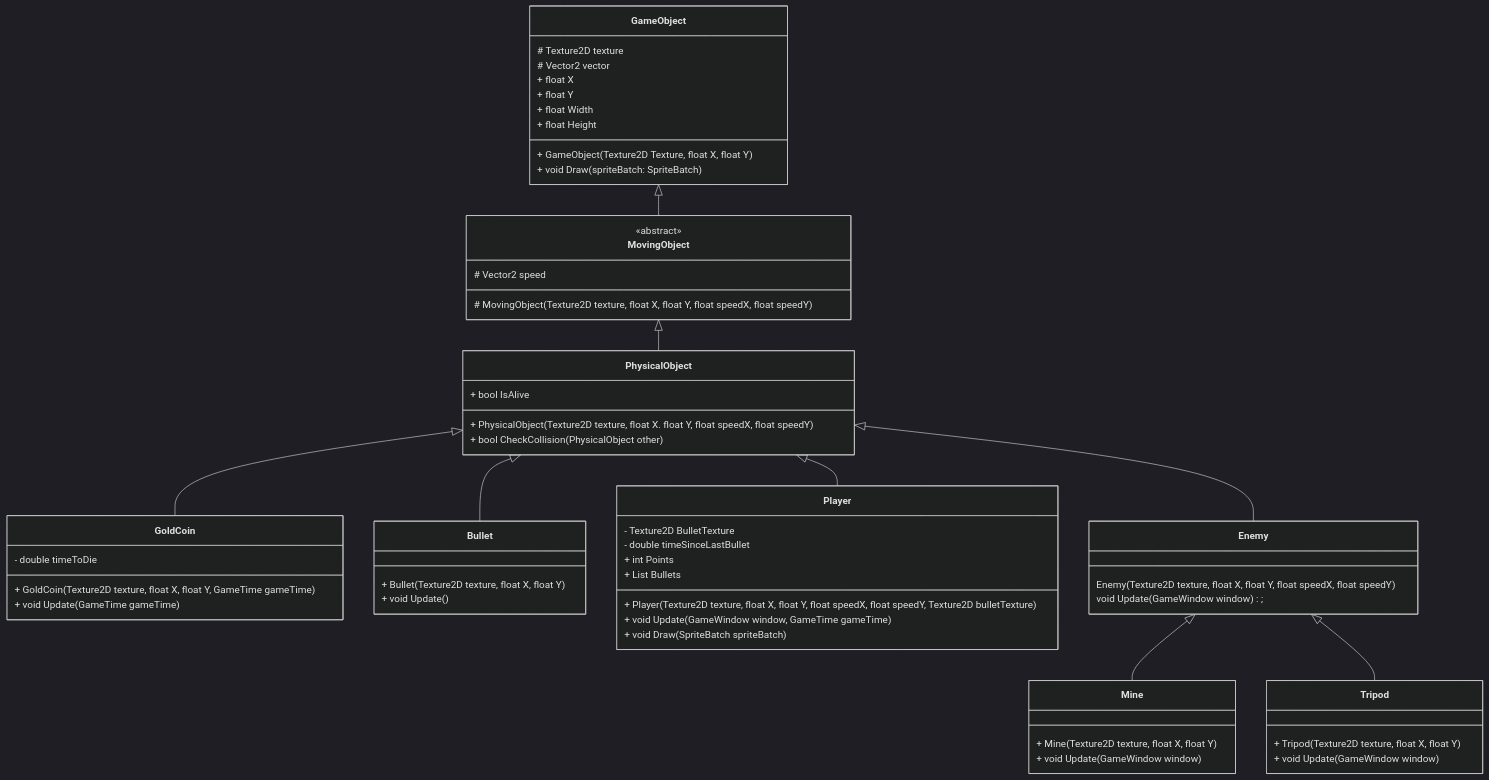
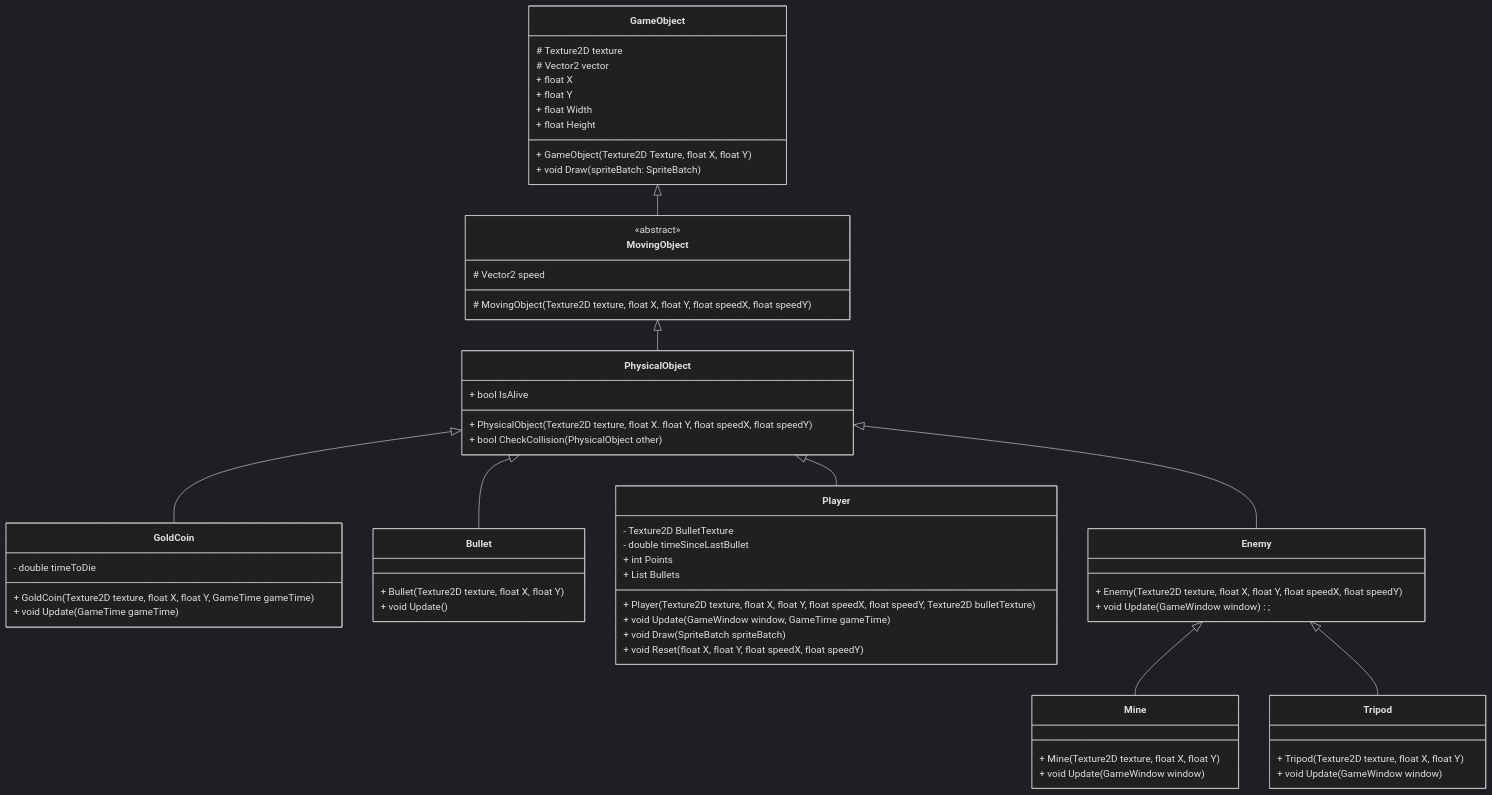
The diagram in SpaceShooter/diagrams/diagram.mmd (alfredreintz/ALGY-programmering02), drawn with Mermaid before and after one commit. The commit also changed 62 other files, not shown here.

```diff
--- a/SpaceShooter/diagrams/diagram.mmd
+++ b/SpaceShooter/diagrams/diagram.mmd
@@ -1,73 +1,74 @@
 %%{
   init: {
     'theme': 'dark'
   }
 }%%
 classDiagram
     class GameObject {
         # Texture2D texture
         # Vector2 vector
         + float X
         + float Y
         + float Width
         + float Height
         + GameObject(Texture2D Texture, float X, float Y)
         + void Draw(spriteBatch: SpriteBatch)
     }
 
     class MovingObject {
         <<abstract>>
         # Vector2 speed
         # MovingObject(Texture2D texture, float X, float Y, float speedX, float speedY)
     }
 
     class PhysicalObject {
         + bool IsAlive
         + PhysicalObject(Texture2D texture, float X. float Y, float speedX, float speedY)
         + bool CheckCollision(PhysicalObject other)
     }
 
     class GoldCoin {
         - double timeToDie
         + GoldCoin(Texture2D texture, float X, float Y, GameTime gameTime)
         + void Update(GameTime gameTime)
     }
     
     class Bullet {
         + Bullet(Texture2D texture, float X, float Y)
         + void Update()
     }
 
     class Player {
         - Texture2D BulletTexture
         - double timeSinceLastBullet
         + int Points
         + List<Bullet> Bullets
         + Player(Texture2D texture, float X, float Y, float speedX, float speedY, Texture2D bulletTexture)
         + void Update(GameWindow window, GameTime gameTime)
         + void Draw(SpriteBatch spriteBatch)
+        + void Reset(float X, float Y, float speedX, float speedY)
     }
 
     class Enemy {
-        Enemy(Texture2D texture, float X, float Y, float speedX, float speedY)
-        void Update(GameWindow window);
+        + Enemy(Texture2D texture, float X, float Y, float speedX, float speedY)
+        + void Update(GameWindow window);
     }
 
     class Mine {
         + Mine(Texture2D texture, float X, float Y)
         + void Update(GameWindow window)
     }
 
     class Tripod {
         + Tripod(Texture2D texture, float X, float Y)
         + void Update(GameWindow window)
     }
 
     GameObject <|-- MovingObject
     MovingObject <|-- PhysicalObject
     PhysicalObject <|--  GoldCoin 
     PhysicalObject <|--  Player 
     PhysicalObject <|--  Bullet 
     PhysicalObject <|--  Enemy 
     Enemy <|-- Mine
     Enemy <|-- Tripod
```
